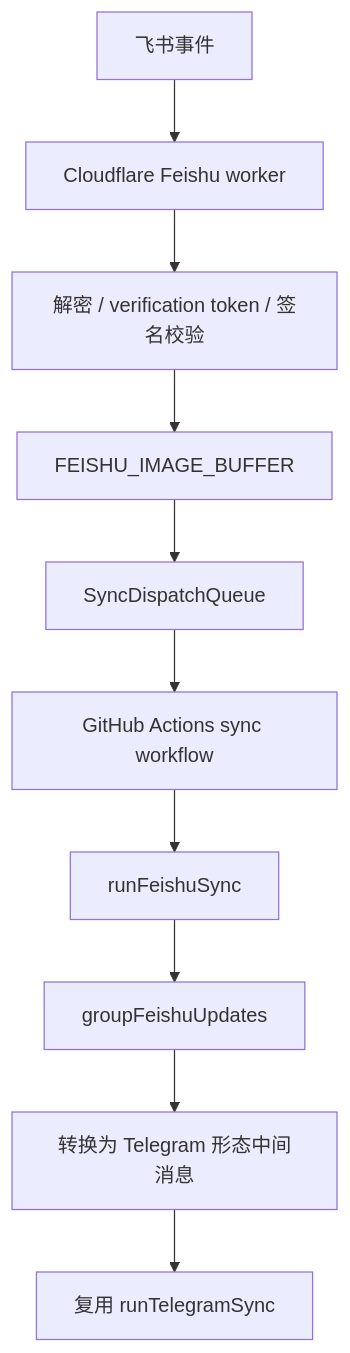
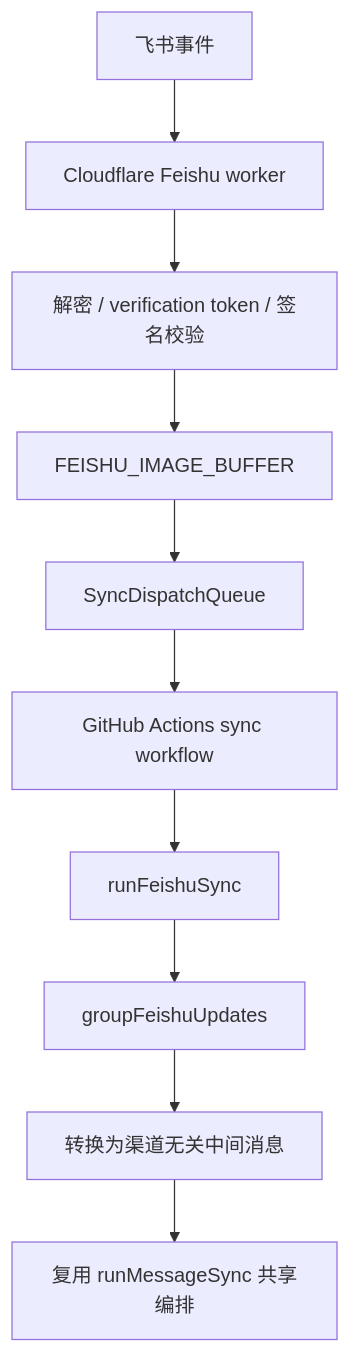
One commit to soulgo/training_records changed the diagram in docs/02_系统核心逻辑/飞书流程.md. Above: the diagram before and after it, drawn with Mermaid. The commit also changed other lines of this file and 87 other files, not shown here.

````diff
--- a/docs/02_系统核心逻辑/飞书流程.md
+++ b/docs/02_系统核心逻辑/飞书流程.md
@@ -5,12 +5,12 @@
 ```mermaid
 flowchart TD
   A[飞书事件] --> B[Cloudflare Feishu worker]
   B --> C[解密 / verification token / 签名校验]
   C --> D[FEISHU_IMAGE_BUFFER]
   D --> E[SyncDispatchQueue]
   E --> F[GitHub Actions sync workflow]
   F --> G[runFeishuSync]
   G --> H[groupFeishuUpdates]
-  H --> I[转换为 Telegram 形态中间消息]
-  I --> J[复用 runTelegramSync]
+  H --> I[转换为渠道无关中间消息]
+  I --> J[复用 runMessageSync 共享编排]
 ```
````
